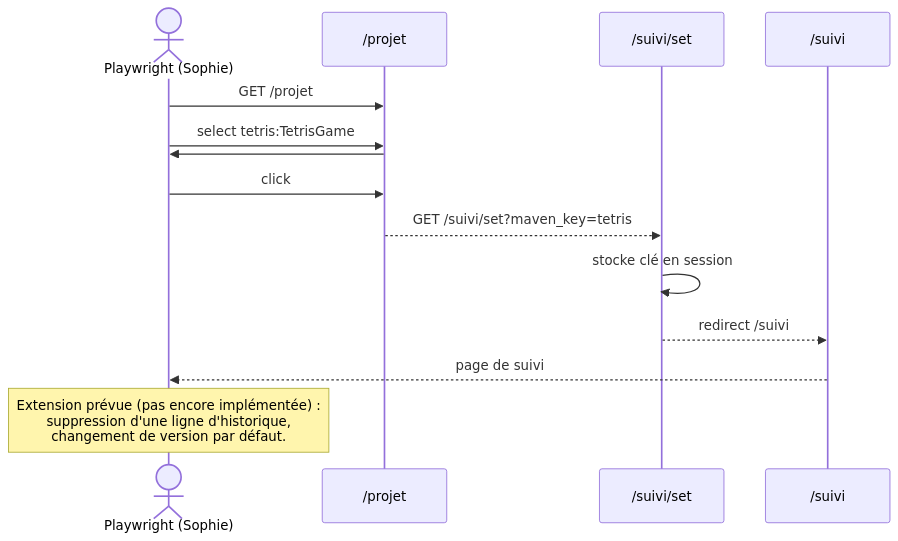
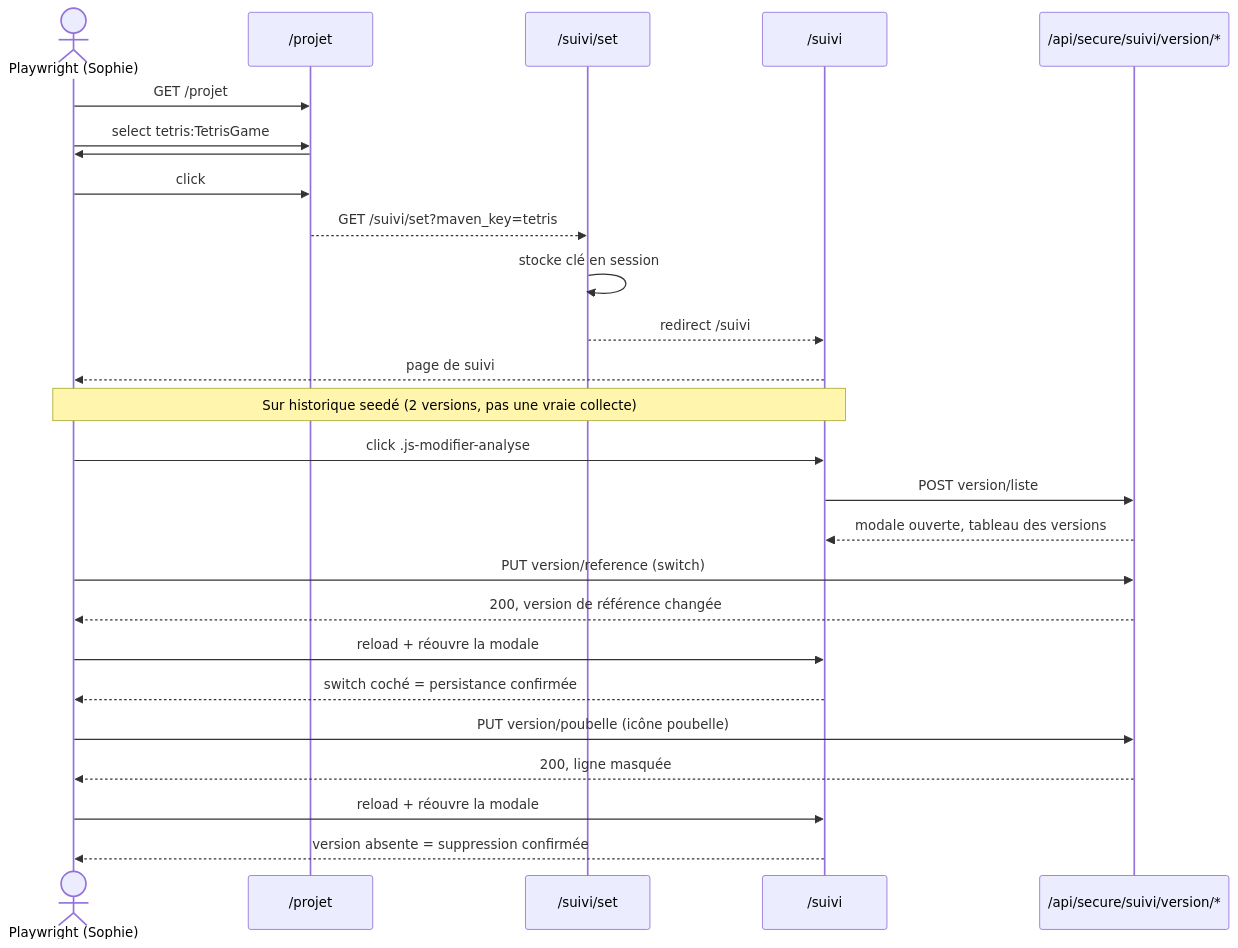
Before and after one commit to Laurent-hadjadj/ma-moulinette: the eighth of 16 diagrams in mkDocs/docs/ma-moulinette/developpement/test-e2e.md, drawn with Mermaid. The commit also changed other lines of this file and 1 other file, not shown here.

````diff
--- a/mkDocs/docs/ma-moulinette/developpement/test-e2e.md
+++ b/mkDocs/docs/ma-moulinette/developpement/test-e2e.md
@@ -366,19 +370,33 @@
 ```mermaid
 sequenceDiagram
     actor PW as Playwright (Sophie)
     participant Projet as /projet
     participant SuiviSet as /suivi/set
     participant Suivi as /suivi
+    participant Api as /api/secure/suivi/version/*
 
     PW->>Projet: GET /projet
     PW->>Projet: select tetris:TetrisGame
     Projet->>PW: #bouton-tableau-de-bord activé
 
     PW->>Projet: click #bouton-tableau-de-bord
     Projet-->>SuiviSet: GET /suivi/set?maven_key=tetris
     SuiviSet->>SuiviSet: stocke clé en session
     SuiviSet-->>Suivi: redirect /suivi
     Suivi-->>PW: page de suivi
 
-    Note over PW: Extension prévue (pas encore implémentée) :<br/>suppression d'une ligne d'historique,<br/>changement de version par défaut.
+    Note over PW,Suivi: Sur historique seedé (2 versions, pas une vraie collecte)
+    PW->>Suivi: click .js-modifier-analyse
+    Suivi->>Api: POST version/liste
+    Api-->>Suivi: modale ouverte, tableau des versions
+
+    PW->>Api: PUT version/reference (switch)
+    Api-->>PW: 200, version de référence changée
+    PW->>Suivi: reload + réouvre la modale
+    Suivi-->>PW: switch coché = persistance confirmée
+
+    PW->>Api: PUT version/poubelle (icône poubelle)
+    Api-->>PW: 200, ligne masquée
+    PW->>Suivi: reload + réouvre la modale
+    Suivi-->>PW: version absente = suppression confirmée
 ```
````
